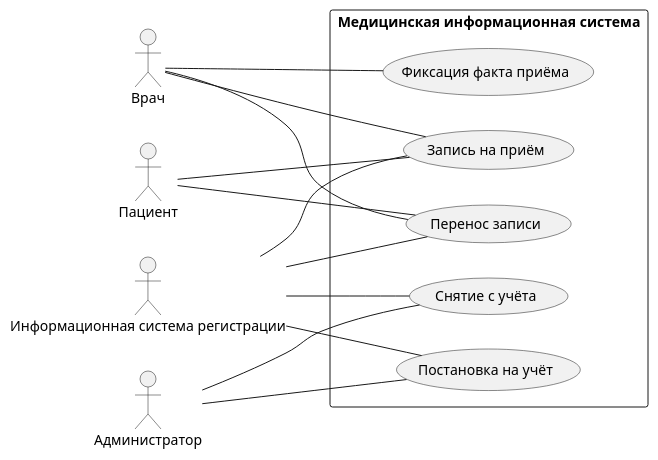
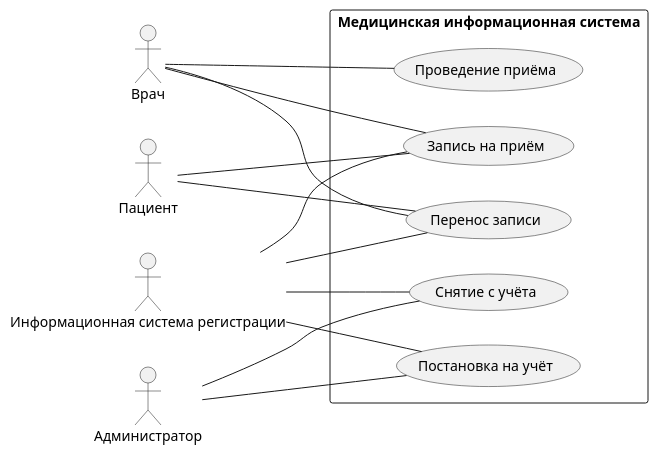
One commit to penamarth/bsbo-13-23_team3_var3_clinic changed the diagram in use_case_diagram.puml. Above: the diagram before and after it, drawn with PlantUML. The commit also changed other lines of this file, not shown here.

Commit message:
"Фиксация приёма" заменена на "Проведение приёма" в МедИнфСистеме

```diff
--- a/use_case_diagram.puml
+++ b/use_case_diagram.puml
@@ -1,35 +1,35 @@
 @startuml
 left to right direction
 
 actor Пациент
 actor "Информационная система регистрации"
 actor Врач
 actor Администратор
 
 rectangle "Медицинская информационная система" {
     usecase "Запись на приём" as BA
     usecase "Перенос записи" as RA
-    usecase "Фиксация факта приёма" as RV
+    usecase "Проведение приёма" as RV
     usecase "Постановка на учёт" as RPR
     usecase "Снятие с учёта" as RMR
 }
 
 ' Patient interactions
 Пациент -- BA
 Пациент -- RA
 
 ' Обязанности информационной системы регистрации
 "Информационная система регистрации" -- BA
 "Информационная система регистрации"-- RA
 "Информационная система регистрации"-- RPR
 "Информационная система регистрации"-- RMR
 
 ' Обязанности доктора
 Врач -- BA
 Врач -- RA
 Врач -- RV
 
 ' Обязанности администратора
 Администратор -- RPR
 Администратор -- RMR
 @enduml
```
